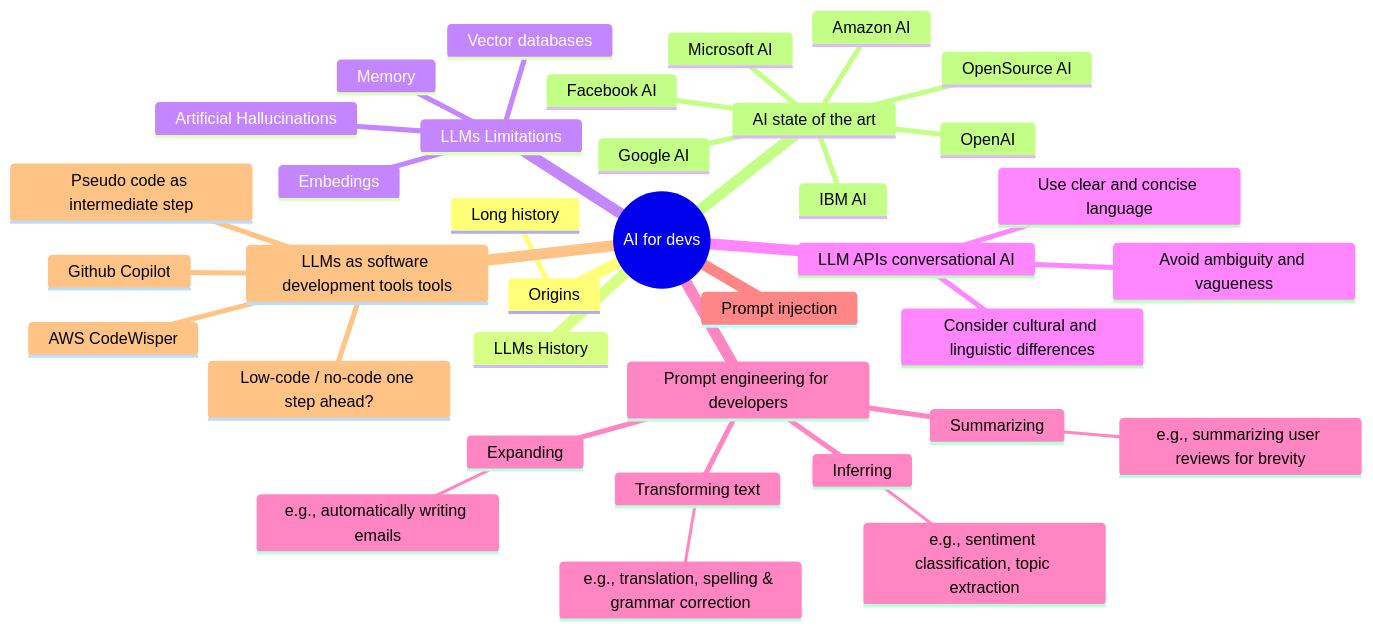
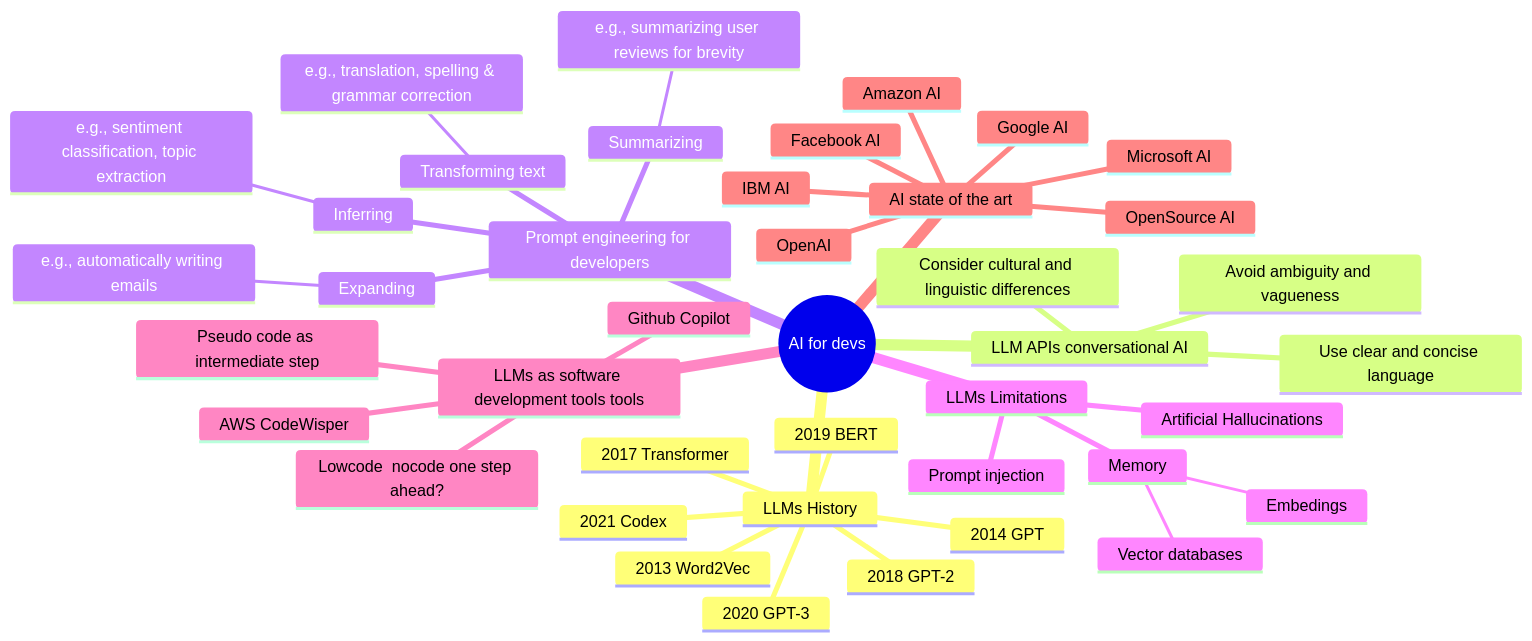
Before and after one commit to adben/prompt-engineering: the diagram in README.md, drawn with Mermaid.

````diff
--- a/README.md
+++ b/README.md
@@ -25,47 +25,51 @@
 ```mermaid
 mindmap
   root((AI for devs))
-    Origins
-    ::icon(fa fa-book)
-        Long history
     LLMs History
     ::icon(fa fa-book-open)
-    LLMs Limitations
-    ::icon(fa fa-book-reader)
-        Artificial Hallucinations
-        Memory
-        Vector databases
-        Embedings
+        2013 Word2Vec
+        2014 GPT
+        2017 Transformer
+        2018 GPT-2
+        2019 BERT
+        2020 GPT-3
+        2021 Codex
     LLM APIs conversational AI
     ::icon(fa fa-book-reader)
         Use clear and concise language
         Avoid ambiguity and vagueness
         Consider cultural and linguistic differences
     Prompt engineering for developers
     ::icon(fa fa-bookmark)
         Summarizing
             e.g., summarizing user reviews for brevity
         Inferring
             e.g., sentiment classification, topic extraction
         Transforming text
             e.g., translation, spelling & grammar correction
         Expanding
             e.g., automatically writing emails
-    Prompt injection
+    LLMs Limitations
+    ::icon(fa fa-book-reader)
+        Artificial Hallucinations
+        Memory
+            Vector databases
+            Embedings
+        Prompt injection
     ::icon(fa fa-bookmark-o)
     LLMs as software development tools tools
     ::icon(fa fa-book-dead)
         Github Copilot
         AWS CodeWisper
         Pseudo code as intermediate step
-        Low-code / no-code one step ahead?
+        Lowcode  nocode one step ahead?
     AI state of the art
     ::icon(fa fa-books)
         Google AI
         OpenSource AI
         Facebook AI
         OpenAI
         Microsoft AI
         IBM AI
         Amazon AI
 ```
````
